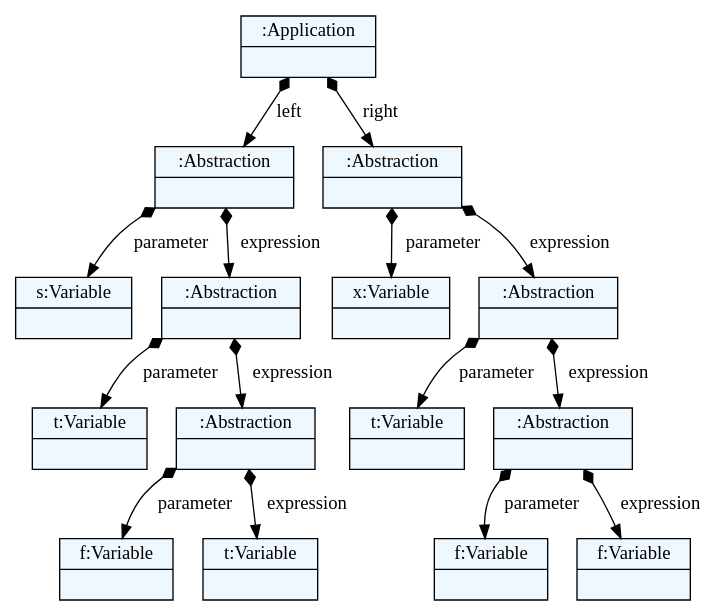
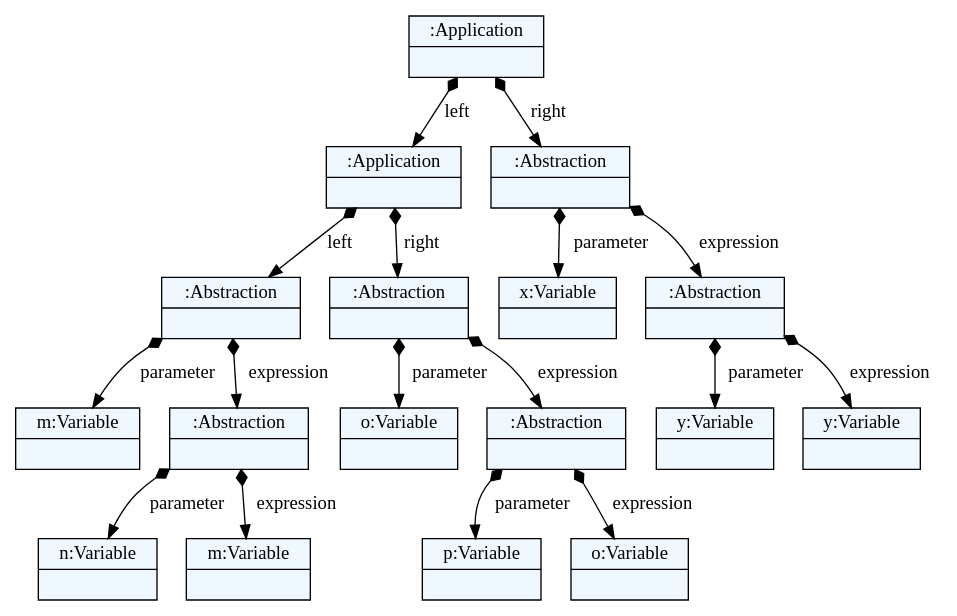
Before and after one commit to pavleglusac/lambda-calculus: the diagram in language/models/model2.dot, drawn with Graphviz. The commit also changed 22 other files, not shown here.

```diff
--- a/language/models/model2.dot
+++ b/language/models/model2.dot
@@ -1,44 +1,48 @@
 
     digraph textX {
     fontname = "Bitstream Vera Sans"
     fontsize = 8
     node[
         shape=record,
         style=filled,
         fillcolor=aliceblue
     ]
     nodesep = 0.3
     edge[dir=black,arrowtail=empty]
 
 
-1953380974112 -> 1953380974160 [label="left" arrowtail=diamond dir=both]
-1953380974160 -> 1953380794432 [label="parameter" arrowtail=diamond dir=both]
-1953380794432[label="{s:Variable|}"]
-1953380974160 -> 1953379349408 [label="expression" arrowtail=diamond dir=both]
-1953379349408 -> 1953379351760 [label="parameter" arrowtail=diamond dir=both]
-1953379351760[label="{t:Variable|}"]
-1953379349408 -> 1953379352144 [label="expression" arrowtail=diamond dir=both]
-1953379352144 -> 1953379349312 [label="parameter" arrowtail=diamond dir=both]
-1953379349312[label="{f:Variable|}"]
-1953379352144 -> 1953379352240 [label="expression" arrowtail=diamond dir=both]
-1953379352240[label="{t:Variable|}"]
-1953379352144[label="{:Abstraction|}"]
-1953379349408[label="{:Abstraction|}"]
-1953380974160[label="{:Abstraction|}"]
-1953380974112 -> 1953380804224 [label="right" arrowtail=diamond dir=both]
-1953380804224 -> 1953380804272 [label="parameter" arrowtail=diamond dir=both]
-1953380804272[label="{x:Variable|}"]
-1953380804224 -> 1953380794480 [label="expression" arrowtail=diamond dir=both]
-1953380794480 -> 1953380843728 [label="parameter" arrowtail=diamond dir=both]
-1953380843728[label="{t:Variable|}"]
-1953380794480 -> 1953380844304 [label="expression" arrowtail=diamond dir=both]
-1953380844304 -> 1953380844352 [label="parameter" arrowtail=diamond dir=both]
-1953380844352[label="{f:Variable|}"]
-1953380844304 -> 1953380843632 [label="expression" arrowtail=diamond dir=both]
-1953380843632[label="{f:Variable|}"]
-1953380844304[label="{:Abstraction|}"]
-1953380794480[label="{:Abstraction|}"]
-1953380804224[label="{:Abstraction|}"]
-1953380974112[label="{:Application|}"]
+2196318385200 -> 2196318776864 [label="left" arrowtail=diamond dir=both]
+2196318776864 -> 2196318776816 [label="left" arrowtail=diamond dir=both]
+2196318776816 -> 2196317842112 [label="parameter" arrowtail=diamond dir=both]
+2196317842112[label="{m:Variable|}"]
+2196318776816 -> 2196317842688 [label="expression" arrowtail=diamond dir=both]
+2196317842688 -> 2196317842640 [label="parameter" arrowtail=diamond dir=both]
+2196317842640[label="{n:Variable|}"]
+2196317842688 -> 2196317842304 [label="expression" arrowtail=diamond dir=both]
+2196317842304[label="{m:Variable|}"]
+2196317842688[label="{:Abstraction|}"]
+2196318776816[label="{:Abstraction|}"]
+2196318776864 -> 2196317842544 [label="right" arrowtail=diamond dir=both]
+2196317842544 -> 2196317842592 [label="parameter" arrowtail=diamond dir=both]
+2196317842592[label="{o:Variable|}"]
+2196317842544 -> 2196317842448 [label="expression" arrowtail=diamond dir=both]
+2196317842448 -> 2196317842496 [label="parameter" arrowtail=diamond dir=both]
+2196317842496[label="{p:Variable|}"]
+2196317842448 -> 2196317842208 [label="expression" arrowtail=diamond dir=both]
+2196317842208[label="{o:Variable|}"]
+2196317842448[label="{:Abstraction|}"]
+2196317842544[label="{:Abstraction|}"]
+2196318776864[label="{:Application|}"]
+2196318385200 -> 2196317557472 [label="right" arrowtail=diamond dir=both]
+2196317557472 -> 2196317559728 [label="parameter" arrowtail=diamond dir=both]
+2196317559728[label="{x:Variable|}"]
+2196317557472 -> 2196317559344 [label="expression" arrowtail=diamond dir=both]
+2196317559344 -> 2196317557760 [label="parameter" arrowtail=diamond dir=both]
+2196317557760[label="{y:Variable|}"]
+2196317559344 -> 2196317560592 [label="expression" arrowtail=diamond dir=both]
+2196317560592[label="{y:Variable|}"]
+2196317559344[label="{:Abstraction|}"]
+2196317557472[label="{:Abstraction|}"]
+2196318385200[label="{:Application|}"]
 
 }
```
